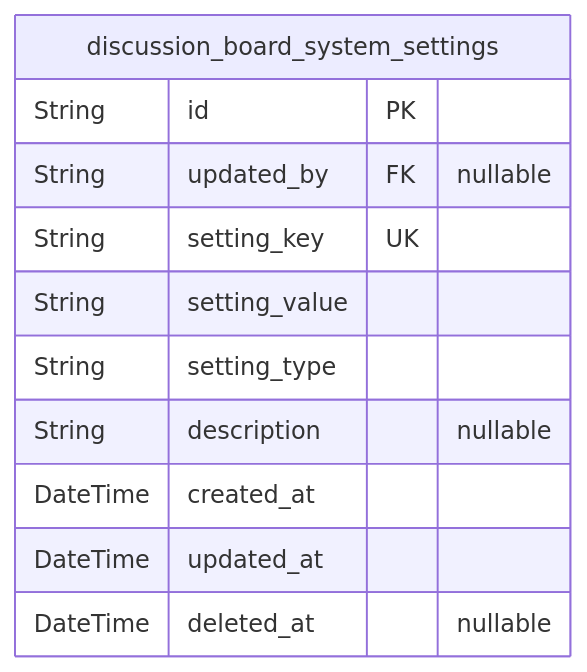
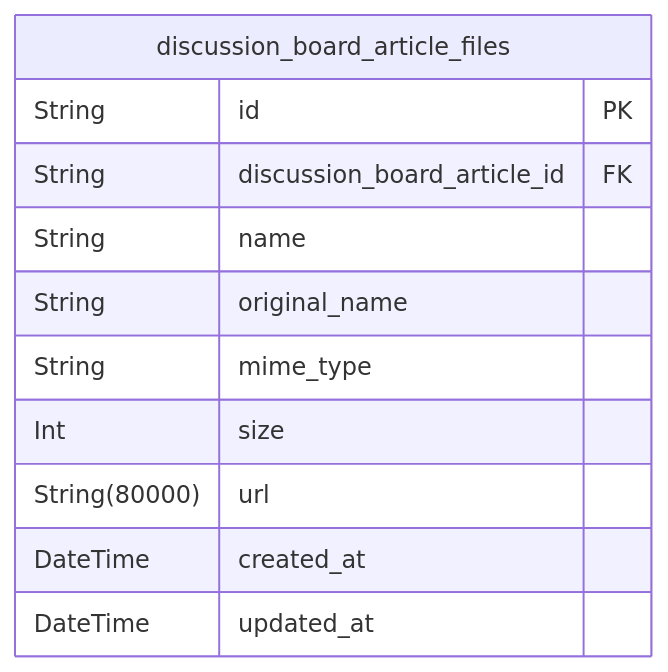
Before and after one commit to wrtnlabs/autobe-examples: the second of 6 diagrams in qwen/qwen3-coder-exacto/bbs/docs/ERD.md, drawn with Mermaid. The commit also changed other lines of this file and 9391 other files, not shown here.

````diff
--- a/qwen/qwen3-coder-exacto/bbs/docs/ERD.md
+++ b/qwen/qwen3-coder-exacto/bbs/docs/ERD.md
@@ -13,14 +658,14 @@
 ```mermaid
 erDiagram
-"discussion_board_system_settings" {
+"discussion_board_article_files" {
   String id PK
-  String updated_by FK "nullable"
-  String setting_key UK
-  String setting_value
-  String setting_type
-  String description "nullable"
+  String discussion_board_article_id FK
+  String name
+  String original_name
+  String mime_type
+  Int size
+  String(80000) url
   DateTime created_at
   DateTime updated_at
-  DateTime deleted_at "nullable"
 }
 ```
````
